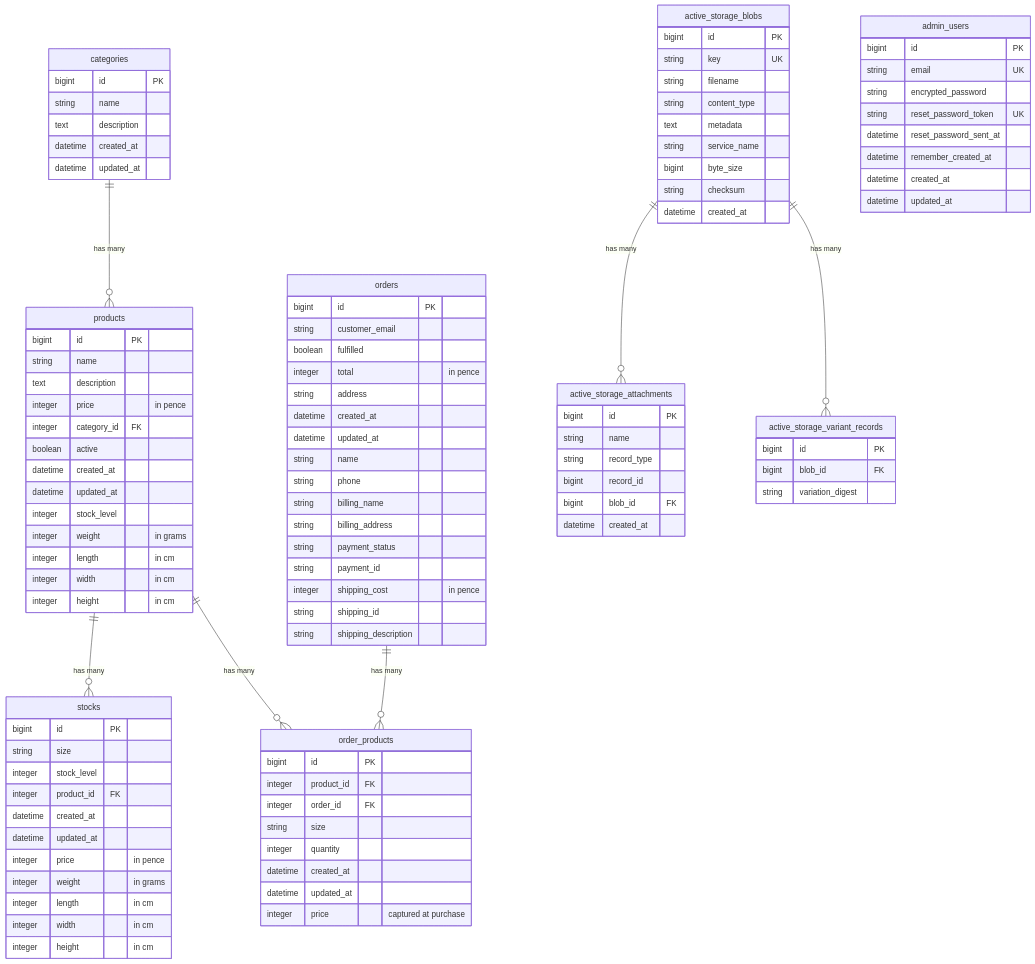
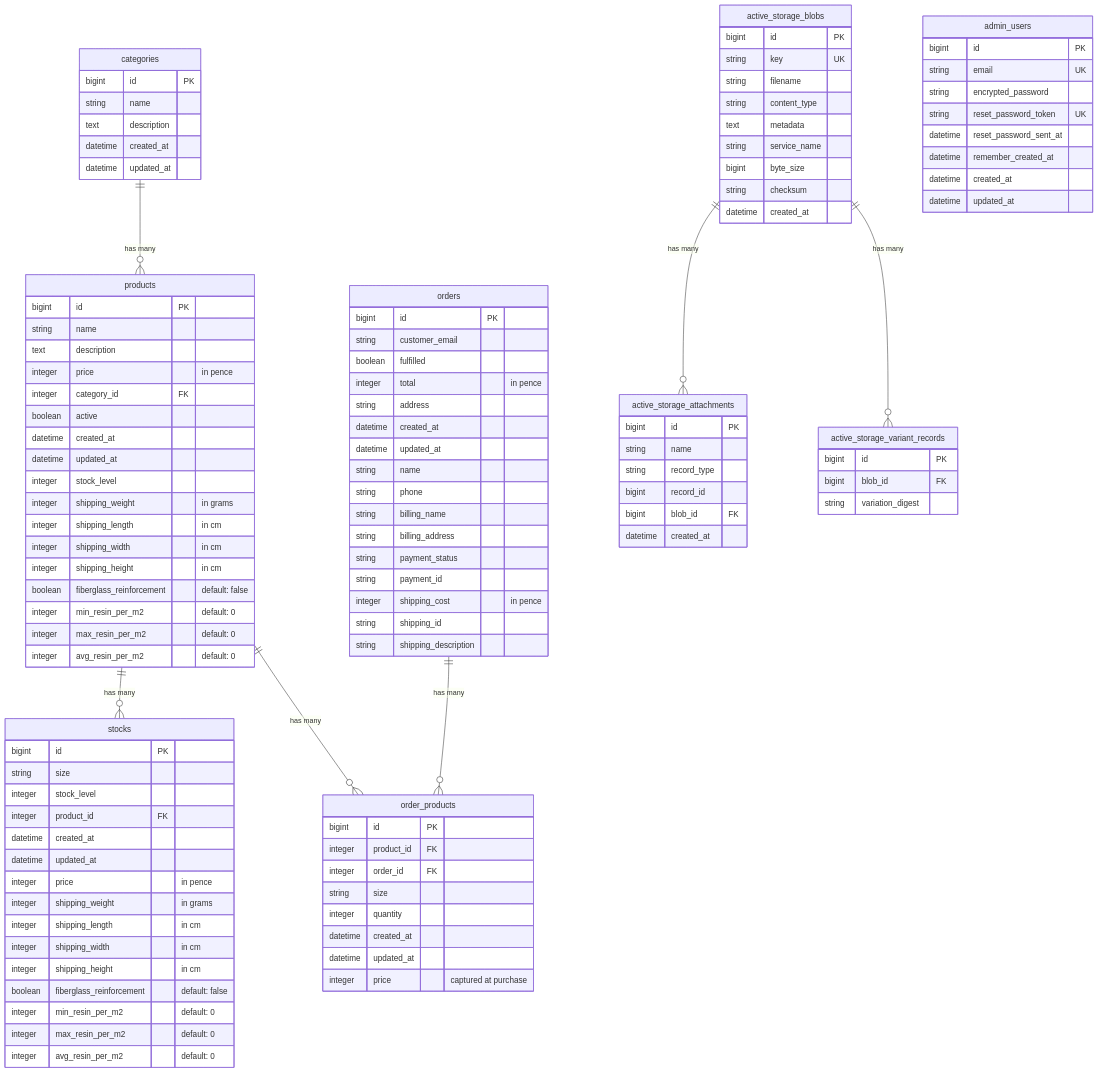
One commit to AnthonyWrather/e-commerce-rails7 changed the diagram in documentation/schema-diagram.md. Above: the diagram before and after it, drawn with Mermaid. The commit also changed other lines of this file, not shown here.

Commit message:
Update the db diagram.

```diff
--- a/documentation/schema-diagram.md
+++ b/documentation/schema-diagram.md
@@ -27,10 +27,14 @@
         datetime created_at
         datetime updated_at
         integer stock_level
-        integer weight "in grams"
-        integer length "in cm"
-        integer width "in cm"
-        integer height "in cm"
+        integer shipping_weight "in grams"
+        integer shipping_length "in cm"
+        integer shipping_width "in cm"
+        integer shipping_height "in cm"
+        boolean fiberglass_reinforcement "default: false"
+        integer min_resin_per_m2 "default: 0"
+        integer max_resin_per_m2 "default: 0"
+        integer avg_resin_per_m2 "default: 0"
     }
 
     stocks {
@@ -41,10 +45,14 @@
         datetime created_at
         datetime updated_at
         integer price "in pence"
-        integer weight "in grams"
-        integer length "in cm"
-        integer width "in cm"
-        integer height "in cm"
+        integer shipping_weight "in grams"
+        integer shipping_length "in cm"
+        integer shipping_width "in cm"
+        integer shipping_height "in cm"
+        boolean fiberglass_reinforcement "default: false"
+        integer min_resin_per_m2 "default: 0"
+        integer max_resin_per_m2 "default: 0"
+        integer avg_resin_per_m2 "default: 0"
     }
 
     orders {
```
